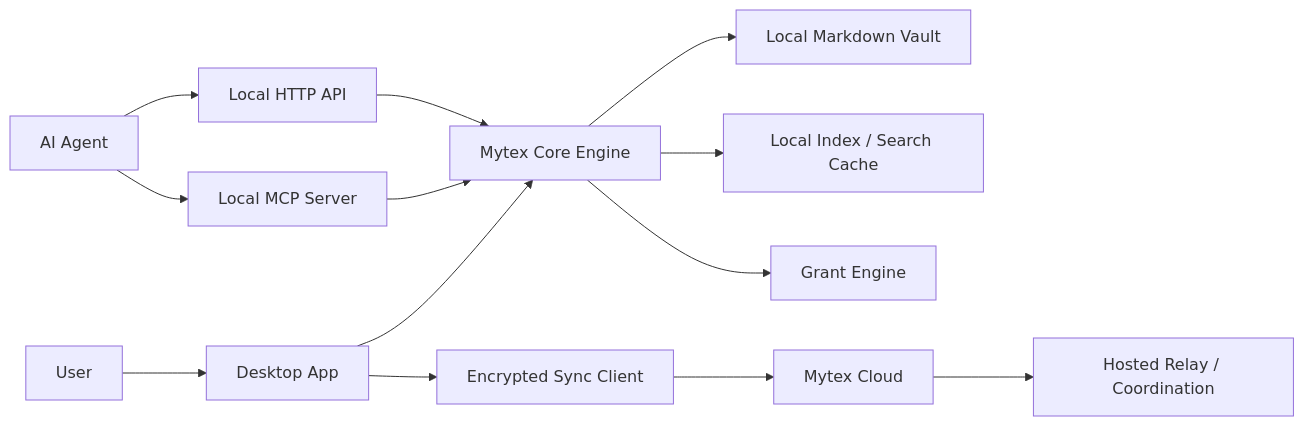
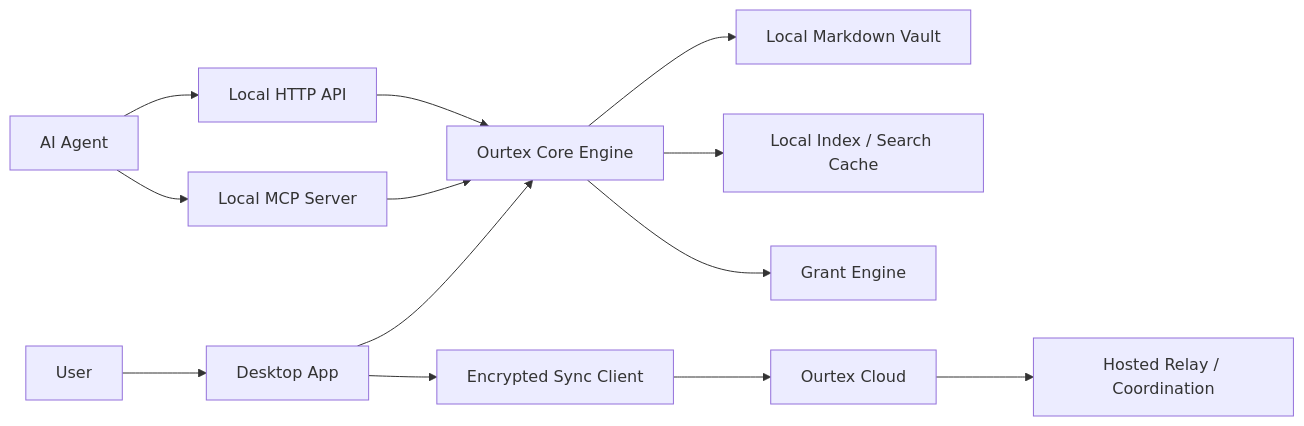
Before and after one commit to WorkingJB/orchext: the diagram in docs/comparison-architecture.md, drawn with Mermaid. The commit also changed other lines of this file and 79 other files, not shown here.

````diff
--- a/docs/comparison-architecture.md
+++ b/docs/comparison-architecture.md
@@ -39,15 +39,15 @@
 ```mermaid
 flowchart LR
     User["User"] --> App["Desktop App"]
-    App --> Core["Mytex Core Engine"]
+    App --> Core["Ourtex Core Engine"]
     Core --> Vault["Local Markdown Vault"]
     Core --> Index["Local Index / Search Cache"]
     Core --> Grants["Grant Engine"]
     Agent["AI Agent"] --> MCP["Local MCP Server"]
     Agent --> API["Local HTTP API"]
     MCP --> Core
     API --> Core
     App --> Sync["Encrypted Sync Client"]
-    Sync --> Cloud["Mytex Cloud"]
+    Sync --> Cloud["Ourtex Cloud"]
     Cloud --> Relay["Hosted Relay / Coordination"]
 ```
````
